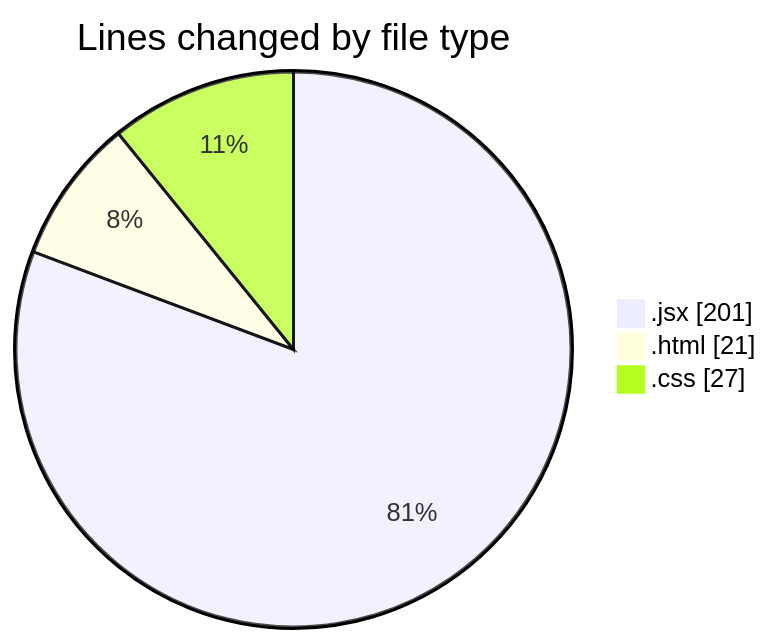
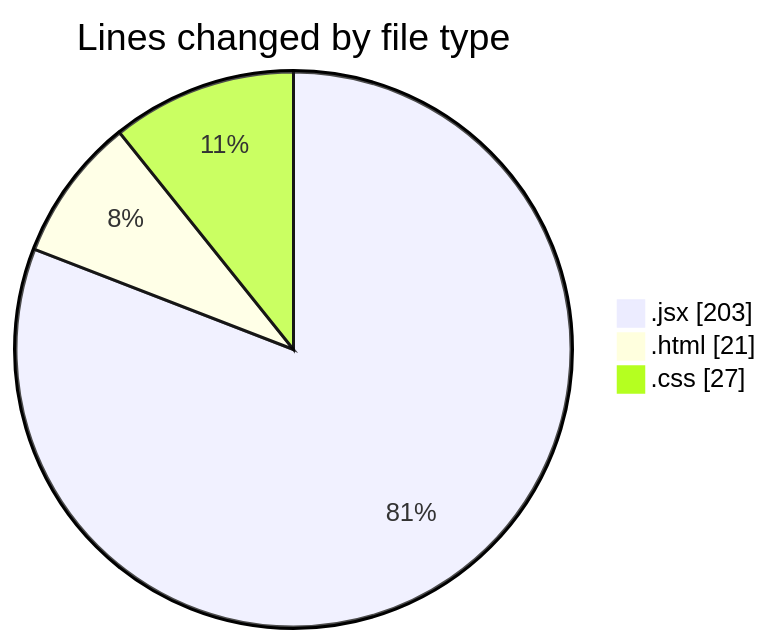
One commit to Elitesun/code-tracking changed the first of 2 diagrams in 2025-02-13/elitegpt/README.md. Above: the diagram before and after it, drawn with Mermaid. The commit also changed other lines of this file and 1 other file, not shown here.

````diff
--- a/2025-02-13/elitegpt/README.md
+++ b/2025-02-13/elitegpt/README.md
@@ -26,7 +26,7 @@
 ```mermaid
 pie showData
 title Lines changed by file type
-".jsx" : 201
+".jsx" : 203
 ".html" : 21
 ".css" : 27
 ```
````
